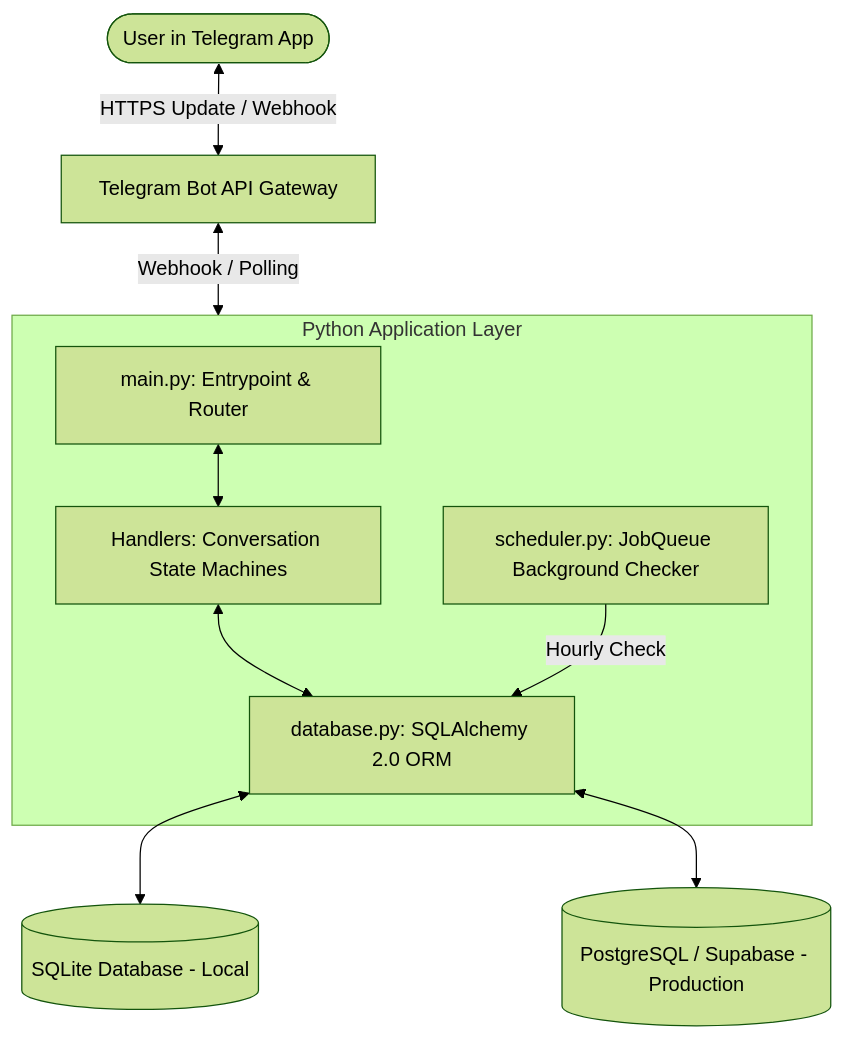
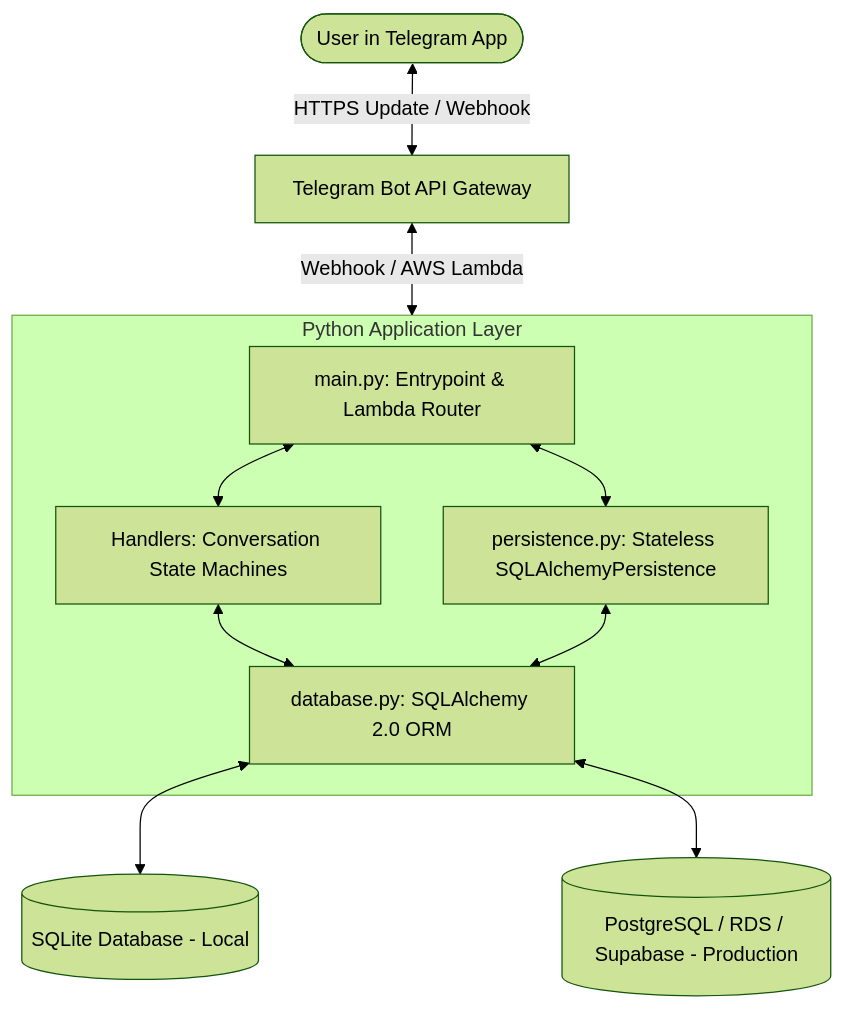
One commit to DenHafiz69/expentrax-telegram changed the diagram in README.md. Above: the diagram before and after it, drawn with Mermaid (forest theme). The commit also changed other lines of this file and 9 other files, not shown here.

````diff
--- a/README.md
+++ b/README.md
@@ -19,14 +19,15 @@
 ```mermaid
 graph TD
     User([User in Telegram App]) <-->|HTTPS Update / Webhook| TelegramAPI[Telegram Bot API Gateway]
-    TelegramAPI <-->|Webhook / Polling| AppContainer[Expentrax Application]
+    TelegramAPI <-->|Webhook / AWS Lambda| AppContainer[Expentrax Application]
     
     subgraph AppContainer [Python Application Layer]
-        main[main.py: Entrypoint & Router] <--> handlers[Handlers: Conversation State Machines]
+        main[main.py: Entrypoint & Lambda Router] <--> handlers[Handlers: Conversation State Machines]
         handlers <--> database[database.py: SQLAlchemy 2.0 ORM]
-        scheduler[scheduler.py: JobQueue Background Checker] -->|Hourly Check| database
+        main <--> persistence[persistence.py: Stateless SQLAlchemyPersistence]
+        persistence <--> database
     end
     
     database <--> SQLite[(SQLite Database - Local)]
-    database <--> Postgres[(PostgreSQL / Supabase - Production)]
+    database <--> Postgres[(PostgreSQL / RDS / Supabase - Production)]
 ```
````
